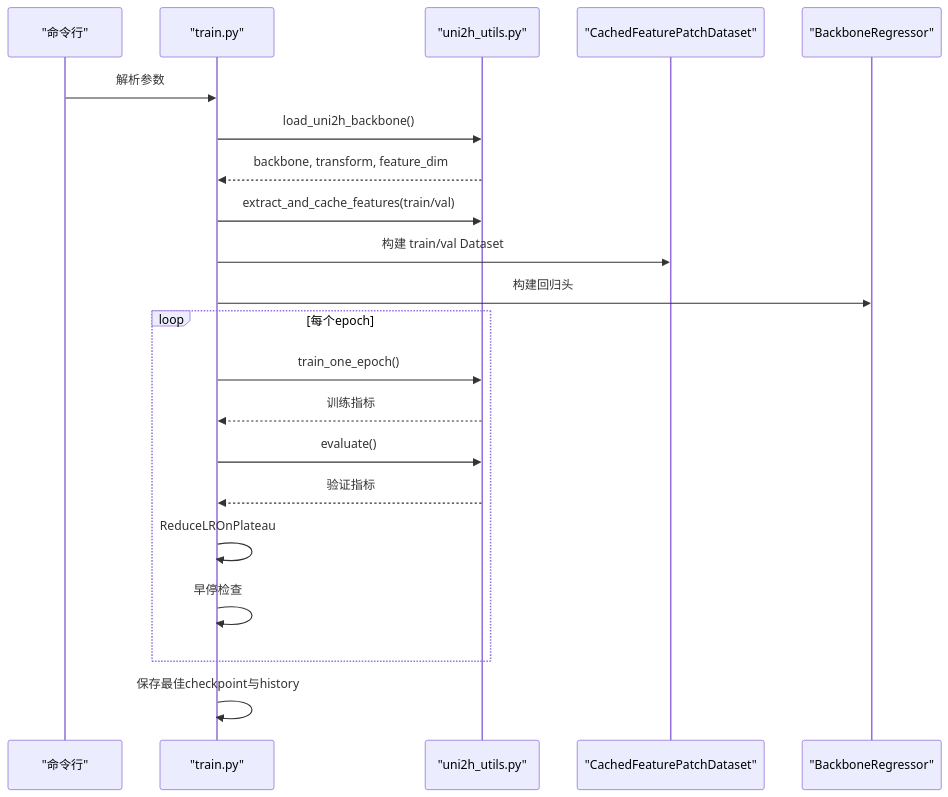
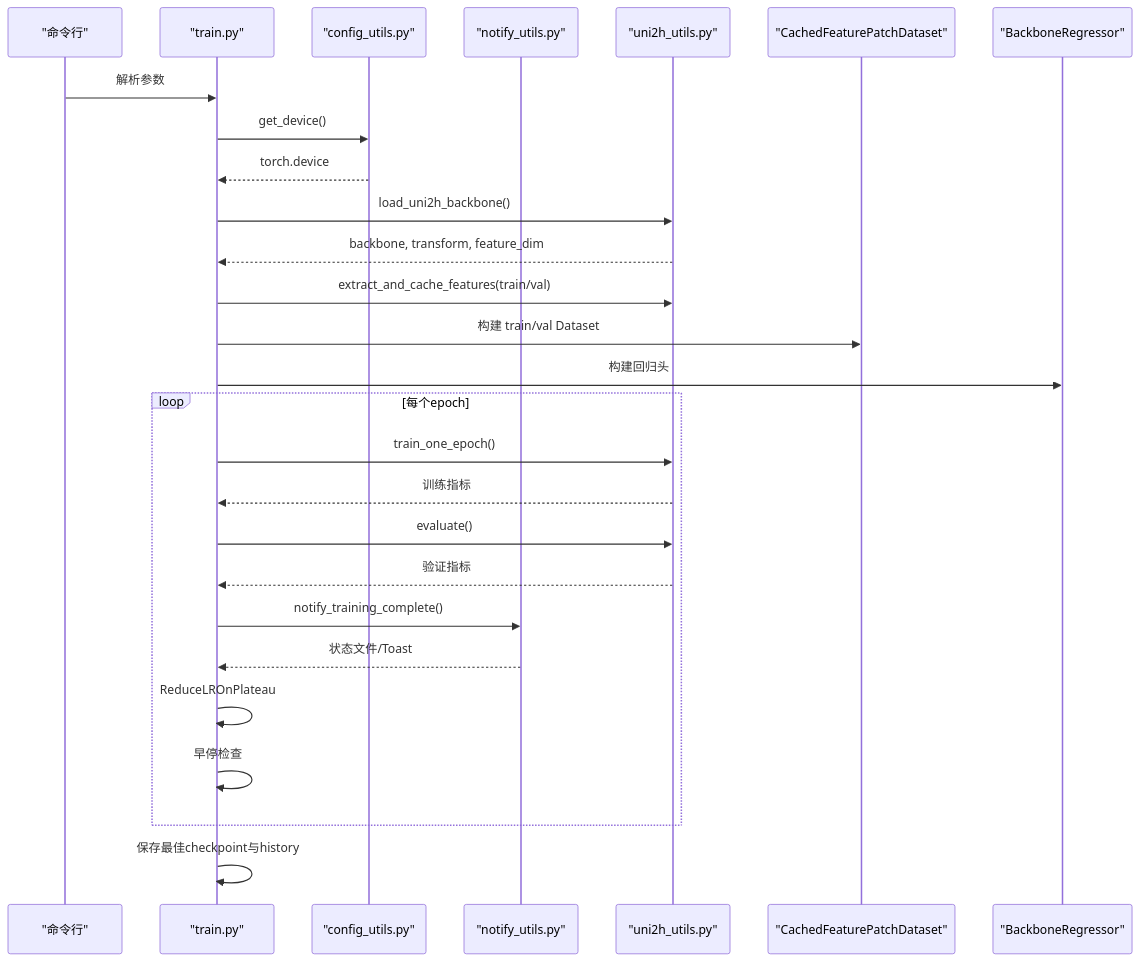
Before and after one commit to qzs610038-star/AI-esophagus-cancer-basedon-HF-HT: the seventh of 8 diagrams in .qoder/repowiki/zh/content/工具函数库.md, drawn with Mermaid. The commit also changed other lines of this file and 14 other files, not shown here.

````diff
--- a/.qoder/repowiki/zh/content/工具函数库.md
+++ b/.qoder/repowiki/zh/content/工具函数库.md
@@ -333,23 +508,29 @@
 ```mermaid
 sequenceDiagram
 participant CLI as "命令行"
 participant Train as "train.py"
+participant Config as "config_utils.py"
+participant Notify as "notify_utils.py"
 participant Utils as "uni2h_utils.py"
 participant Data as "CachedFeaturePatchDataset"
 participant Model as "BackboneRegressor"
 CLI->>Train : 解析参数
+Train->>Config : get_device()
+Config-->>Train : torch.device
 Train->>Utils : load_uni2h_backbone()
 Utils-->>Train : backbone, transform, feature_dim
 Train->>Utils : extract_and_cache_features(train/val)
 Train->>Data : 构建 train/val Dataset
 Train->>Model : 构建回归头
 loop 每个epoch
 Train->>Utils : train_one_epoch()
 Utils-->>Train : 训练指标
 Train->>Utils : evaluate()
 Utils-->>Train : 验证指标
+Train->>Notify : notify_training_complete()
+Notify-->>Train : 状态文件/Toast
 Train->>Train : ReduceLROnPlateau
 Train->>Train : 早停检查
 end
 Train->>Train : 保存最佳checkpoint与history
 ```
````
